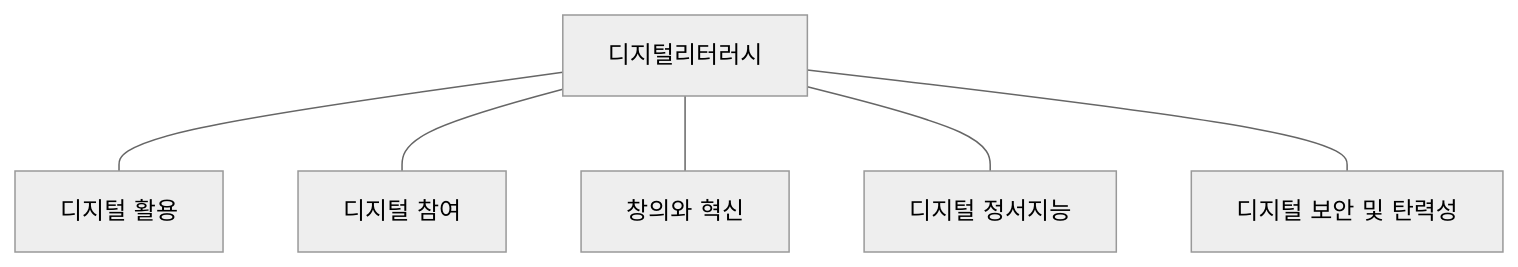
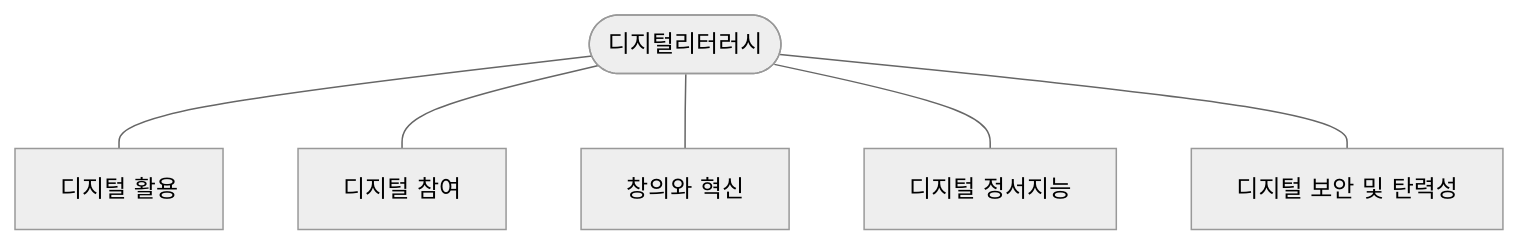
Before and after one commit to gracefullight/gracefullight.github.io: the diagram in blog/pe/conv/digital-literacy.md, drawn with Mermaid (neutral theme). The commit also changed other lines of this file and 16 other files, not shown here.

````diff
--- a/blog/pe/conv/digital-literacy.md
+++ b/blog/pe/conv/digital-literacy.md
@@ -21,9 +21,9 @@
 ```mermaid
 graph TB
-  D[디지털리터러시]
+  D([디지털리터러시])
   D --- 디지털활용[디지털 활용]
   D --- 디지털참여[디지털 참여]
   D --- 창의와혁신[창의와 혁신]
   D --- 디지털정서지능[디지털 정서지능]
   D --- 디지털보안및탄력성[디지털 보안 및 탄력성]
 ```
````
